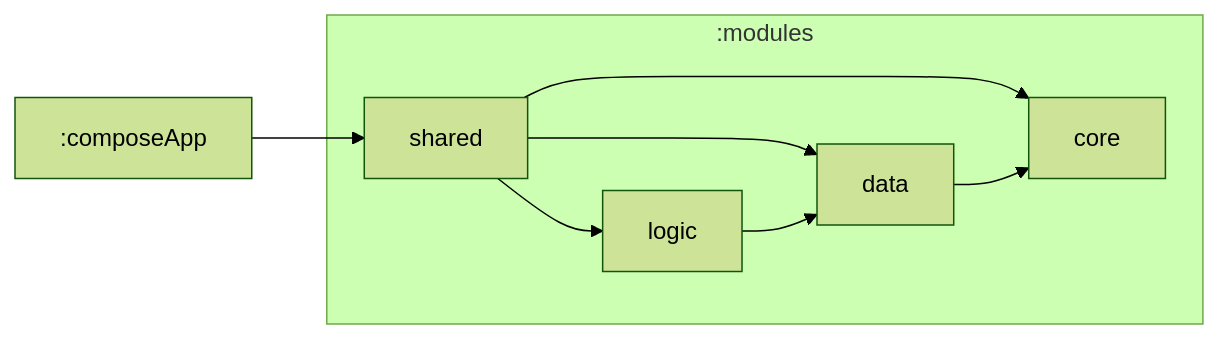
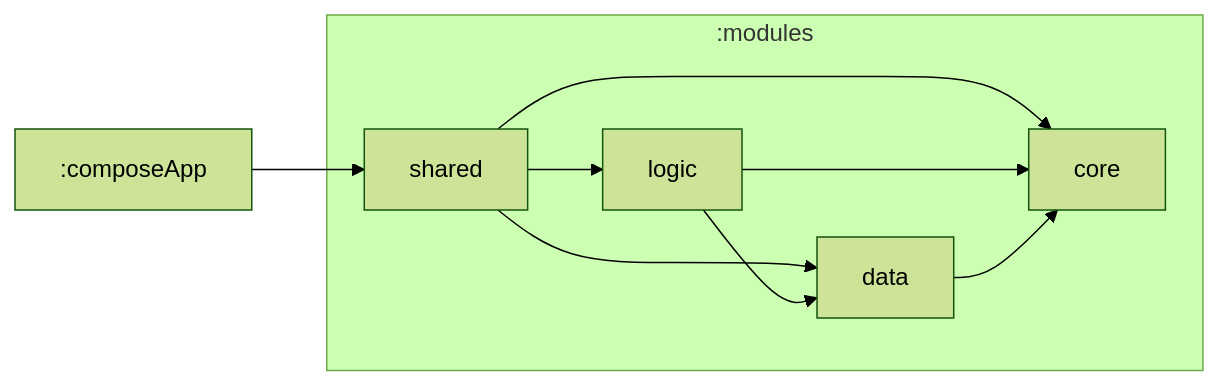
Before and after one commit to areebmomin/Weather-Union-KMM: the diagram in README.md, drawn with Mermaid.

Commit message:
update module graph

````diff
--- a/README.md
+++ b/README.md
@@ -19,21 +19,22 @@
 ```mermaid
 %%{
   init: {
     'theme': 'forest'
   }
 }%%
 
 graph LR
   subgraph :modules
     :modules:shared["shared"]
     :modules:core["core"]
     :modules:data["data"]
     :modules:logic["logic"]
   end
   :composeApp --> :modules:shared
   :modules:shared --> :modules:core
   :modules:shared --> :modules:data
   :modules:shared --> :modules:logic
+  :modules:logic --> :modules:core
   :modules:logic --> :modules:data
   :modules:data --> :modules:core
 ```
````
